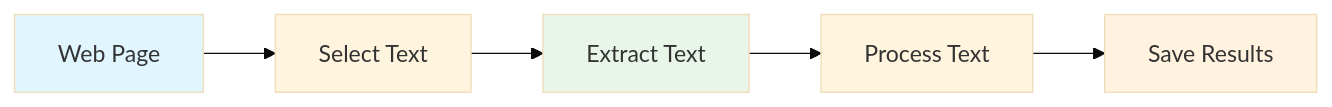
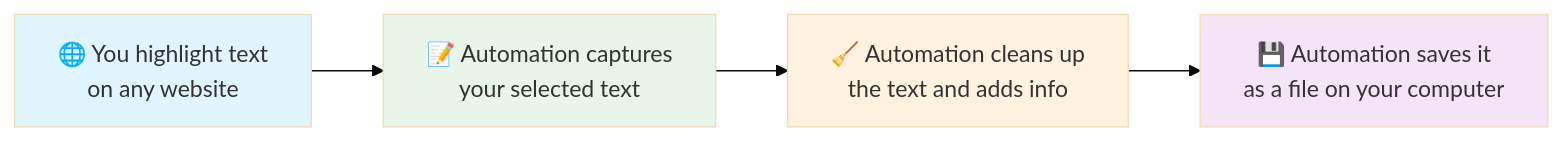
Before and after one commit to agentic-com/Agentic-Flow-Doc: the second of 3 diagrams in src/content/docs/learning/text-courses/beginner/first-workflow.md, drawn with Mermaid (base theme). The commit also changed other lines of this file and 4 other files, not shown here.

````diff
--- a/src/content/docs/learning/text-courses/beginner/first-workflow.md
+++ b/src/content/docs/learning/text-courses/beginner/first-workflow.md
@@ -73,11 +77,11 @@
 ```mermaid
 graph LR
-    A[Web Page] --> B[Select Text]
-    B --> C[Extract Text]
-    C --> D[Process Text]
-    D --> E[Save Results]
+    A[🌐 You highlight text<br/>on any website] --> B[📝 Automation captures<br/>your selected text]
+    B --> C[🧹 Automation cleans up<br/>the text and adds info]
+    C --> D[💾 Automation saves it<br/>as a file on your computer]
     
     style A fill:#e1f5fe
-    style C fill:#e8f5e8
-    style E fill:#fff3e0
+    style B fill:#e8f5e8
+    style C fill:#fff3e0
+    style D fill:#f3e5f5
 ```
````
